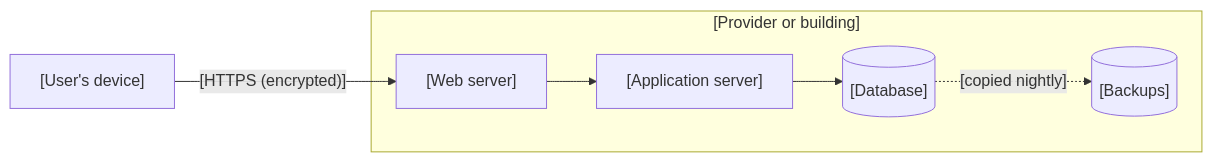
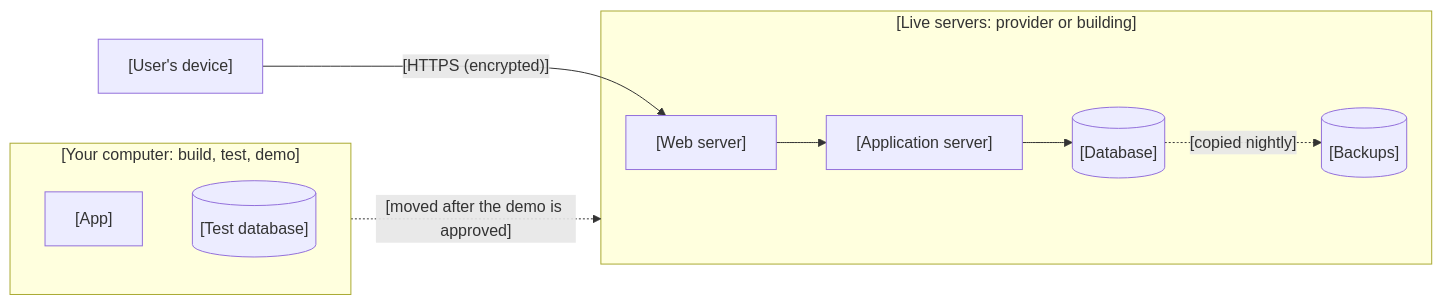
Before and after one commit to b0ts/ai_assisted_sdlc_workflow: the diagram in templates/d06-01-infrastructure.md, drawn with Mermaid. The commit also changed other lines of this file and 87 other files, not shown here.

First line of the commit message:
Build out steps 6-10 and add working BBPV sample app and tests

````diff
--- a/templates/d06-01-infrastructure.md
+++ b/templates/d06-01-infrastructure.md
@@ -98,14 +124,19 @@
 ```mermaid
 flowchart LR
+    subgraph Local["[Your computer: build, test, demo]"]
+        LApp["[App]"]
+        LDB[("[Test database]")]
+    end
     User["[User's device]"]
-    subgraph Hosting["[Provider or building]"]
+    subgraph Hosting["[Live servers: provider or building]"]
         Web["[Web server]"]
         App["[Application server]"]
         DB[("[Database]")]
         Backup[("[Backups]")]
     end
     User -- "[HTTPS (encrypted)]" --> Web
     Web --> App
     App --> DB
     DB -. "[copied nightly]" .-> Backup
+    Local -. "[moved after the demo is approved]" .-> Hosting
 ```
````
